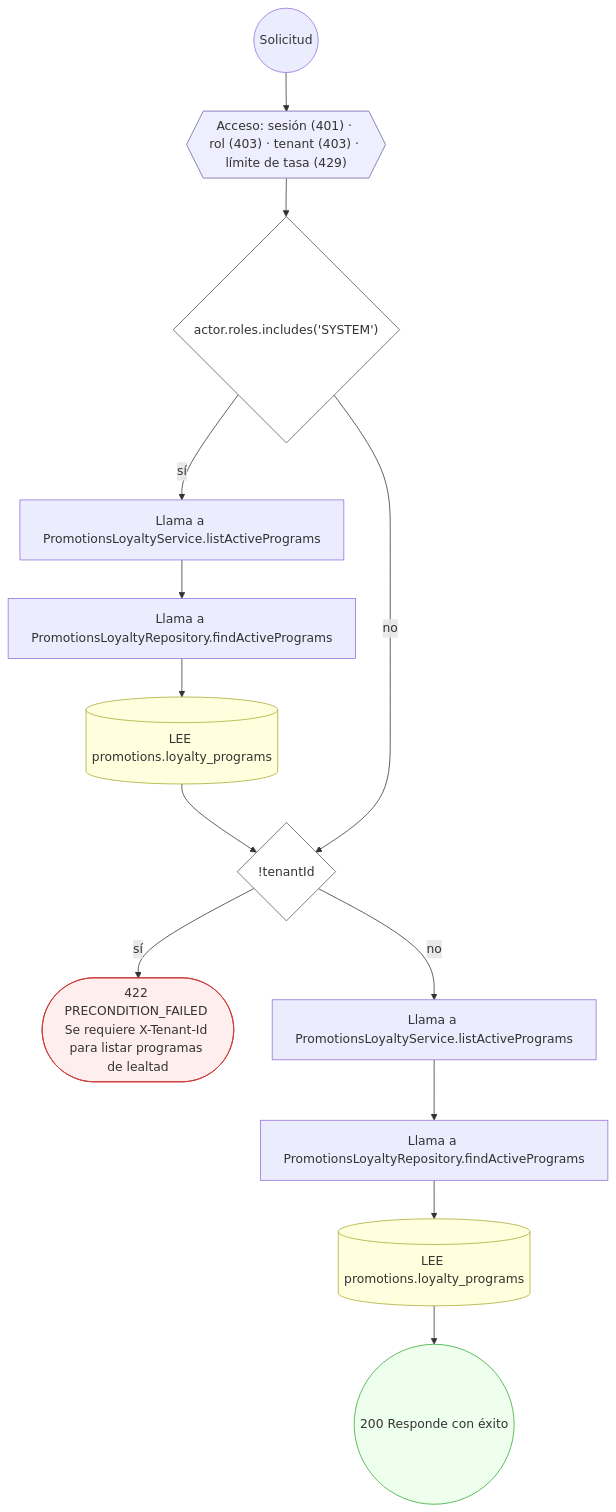
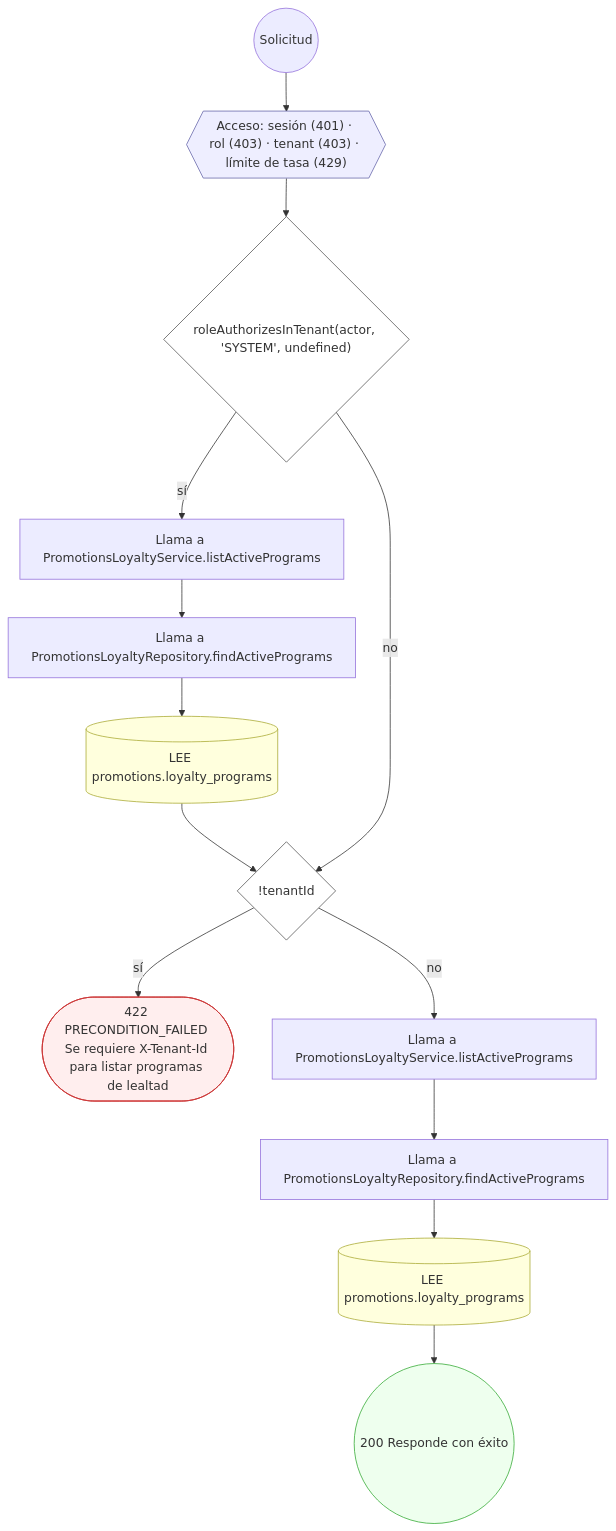
One commit to mdavila-2001/mantra-core-health-api changed diagram 11 of 20 in docs/inventario/flujos/promotions.md. Above: the diagram before and after it, drawn with Mermaid. The commit also changed other lines of this file and 438 other files, not shown here.

````diff
--- a/docs/inventario/flujos/promotions.md
+++ b/docs/inventario/flujos/promotions.md
@@ -988,33 +1058,33 @@
 ```mermaid
 flowchart TD
   n1(("Solicitud")):::inicio
   n2{{"Acceso: sesión (401) · rol (403) · tenant (403) · límite de tasa (429)"}}:::acceso
   n1 --> n2
-  n3{"actor.roles.includes('SYSTEM')"}:::decision
+  n3{"roleAuthorizesInTenant(actor, 'SYSTEM', undefined)"}:::decision
   n2 --> n3
   n4["Llama a PromotionsLoyaltyService.listActivePrograms"]:::llamada
   n3 -->|"sí"| n4
   n5["Llama a PromotionsLoyaltyRepository.findActivePrograms"]:::llamada
   n4 --> n5
   n6[("LEE promotions.loyalty_programs")]:::efecto
   n5 --> n6
   n7{"!tenantId"}:::decision
   n6 --> n7
   n3 -->|"no"| n7
   n8(["422 PRECONDITION_FAILED Se requiere X-Tenant-Id para listar programas de lealtad"]):::error
   n7 -->|"sí"| n8
   n9["Llama a PromotionsLoyaltyService.listActivePrograms"]:::llamada
   n7 -->|"no"| n9
   n10["Llama a PromotionsLoyaltyRepository.findActivePrograms"]:::llamada
   n9 --> n10
   n11[("LEE promotions.loyalty_programs")]:::efecto
   n10 --> n11
   n12(("200 Responde con éxito")):::ok
   n11 --> n12
   classDef acceso fill:#eef,stroke:#66a
   classDef error fill:#fee,stroke:#c33
   classDef ok fill:#efe,stroke:#3a3
   classDef efecto fill:#ffd,stroke:#aa3
   classDef decision fill:#fff,stroke:#555
   classDef corte fill:#eee,stroke:#999,stroke-dasharray: 4
 ```
````
